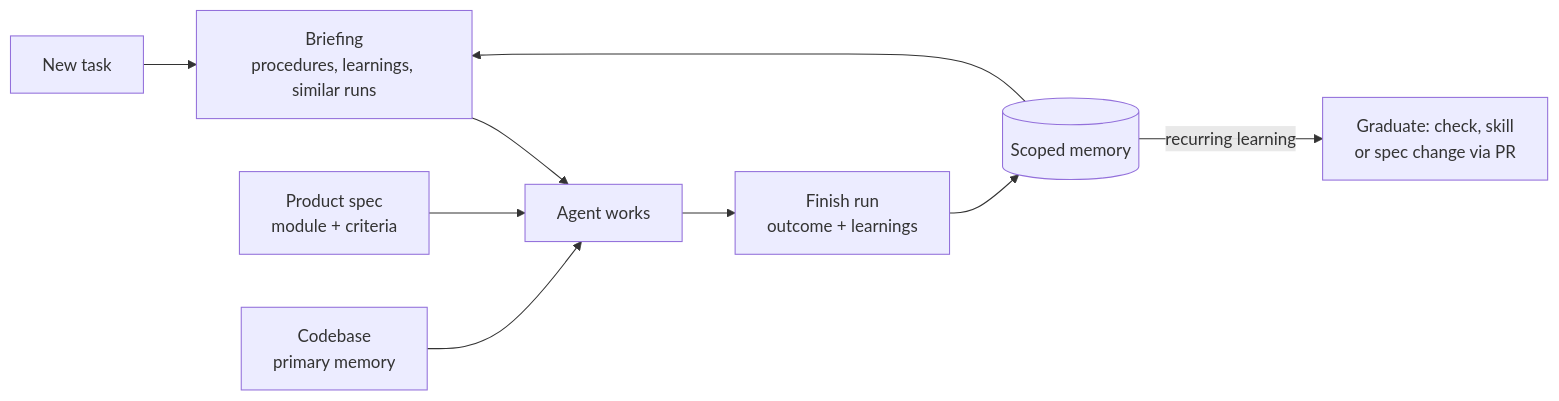
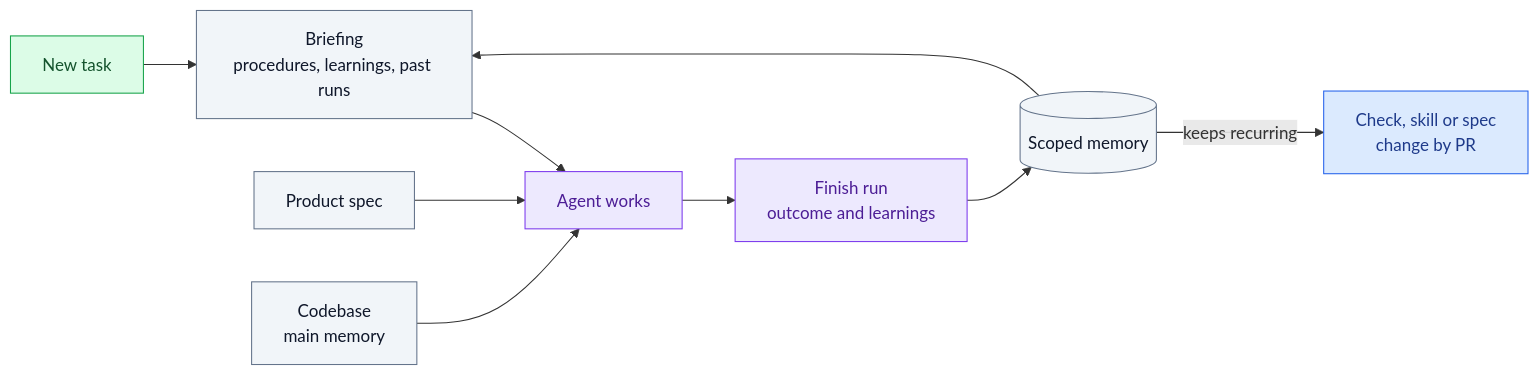
The diagram in docs/07-memory-and-context/README.md (icelink-ai/software-factory-manifesto), drawn with Mermaid before and after one commit. The commit also changed other lines of this file and 73 other files, not shown here.

````diff
--- a/docs/07-memory-and-context/README.md
+++ b/docs/07-memory-and-context/README.md
@@ -31,11 +42,16 @@
 ```mermaid
 flowchart LR
-    T[New task] --> B["Briefing<br/>procedures, learnings, similar runs"]
-    SP["Product spec<br/>module + criteria"] --> A
-    B --> A[Agent works]
-    CODE["Codebase<br/>primary memory"] --> A
-    A --> F["Finish run<br/>outcome + learnings"]
-    F --> MEM[(Scoped memory)]
+    T["New task"]:::state --> B["Briefing<br/>procedures, learnings, past runs"]:::script
+    B --> A["Agent works"]:::agent
+    SP["Product spec"]:::script --> A
+    CODE["Codebase<br/>main memory"]:::script --> A
+    A --> F["Finish run<br/>outcome and learnings"]:::agent
+    F --> MEM[("Scoped memory")]:::script
     MEM --> B
-    MEM -->|"recurring learning"| G["Graduate: check, skill<br/>or spec change via PR"]
+    MEM -->|"keeps recurring"| G["Check, skill or spec<br/>change by PR"]:::person
+    classDef person fill:#dbeafe,stroke:#2563eb,color:#1e3a8a
+    classDef script fill:#f1f5f9,stroke:#64748b,color:#0f172a
+    classDef agent fill:#ede9fe,stroke:#7c3aed,color:#4c1d95
+    classDef state fill:#dcfce7,stroke:#16a34a,color:#14532d
+    classDef stop fill:#ffedd5,stroke:#ea580c,color:#7c2d12
 ```
````
